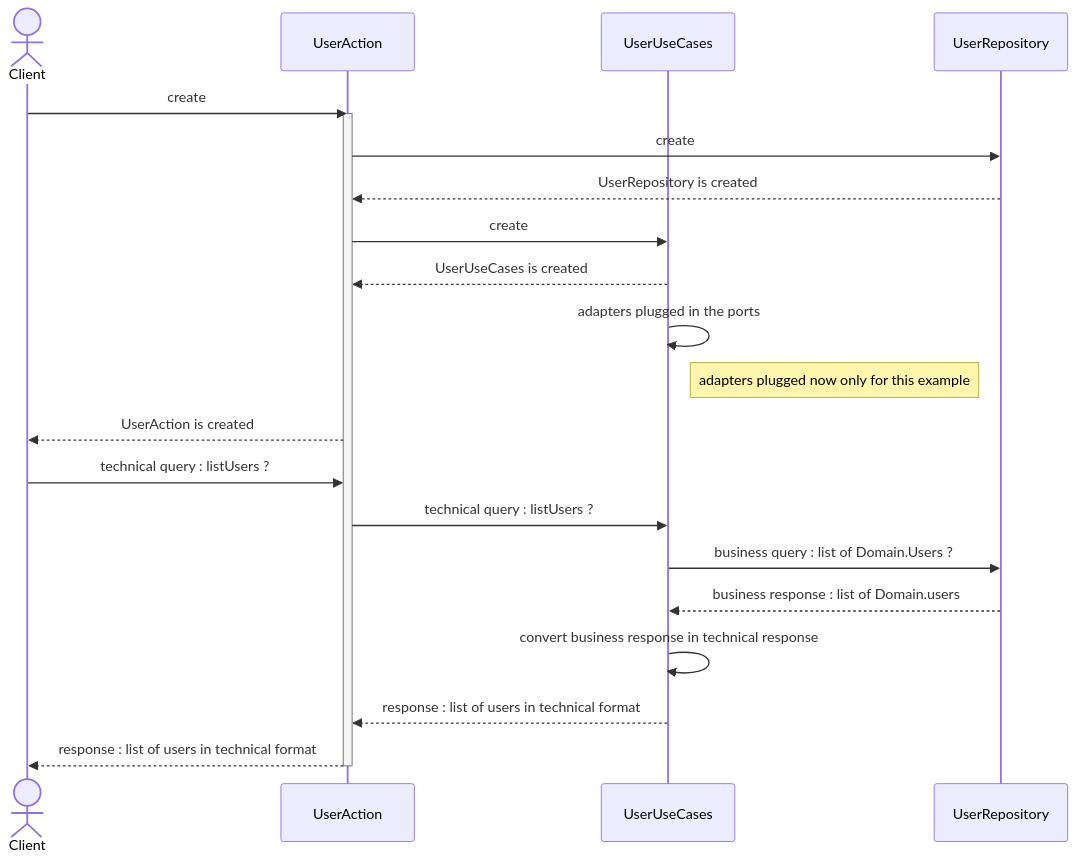
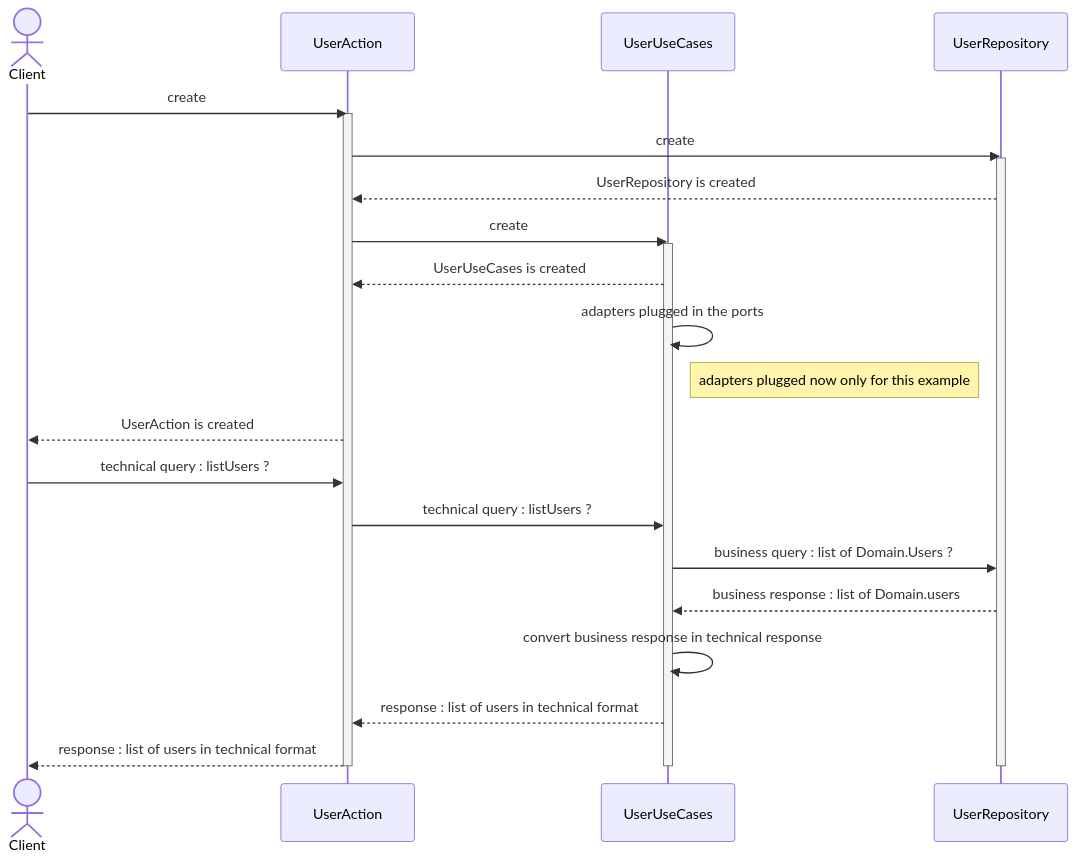
The diagram in README.md (jeandi7/hexagonal_part2), drawn with Mermaid before and after one commit.

````diff
--- a/README.md
+++ b/README.md
@@ -16,26 +16,30 @@
 ```mermaid
 sequenceDiagram
 actor Client
 participant UserAction
 participant UserUseCases
 participant UserRepository
 
 Client ->>UserAction : create
 activate UserAction
 UserAction ->>UserRepository : create
+activate UserRepository
 UserRepository -->>UserAction : UserRepository is created
 UserAction ->>UserUseCases : create
+activate UserUseCases
 UserUseCases -->>UserAction : UserUseCases is created
 UserUseCases ->>UserUseCases : adapters plugged in the ports
 Note right of UserUseCases : adapters plugged now only for this example
 UserAction -->>Client: UserAction is created
 Client ->>UserAction : technical query : listUsers ?
 UserAction ->>UserUseCases : technical query : listUsers ?
 UserUseCases  ->>UserRepository : business query : list of Domain.Users ?
 UserRepository -->>UserUseCases : business response : list of Domain.users
 UserUseCases ->>UserUseCases : convert business response in technical response
 UserUseCases -->>UserAction : response : list of users in technical format
 UserAction -->>Client : response : list of users in technical format
 deactivate UserAction
+deactivate UserRepository
+deactivate UserUseCases
 
 ```
````
